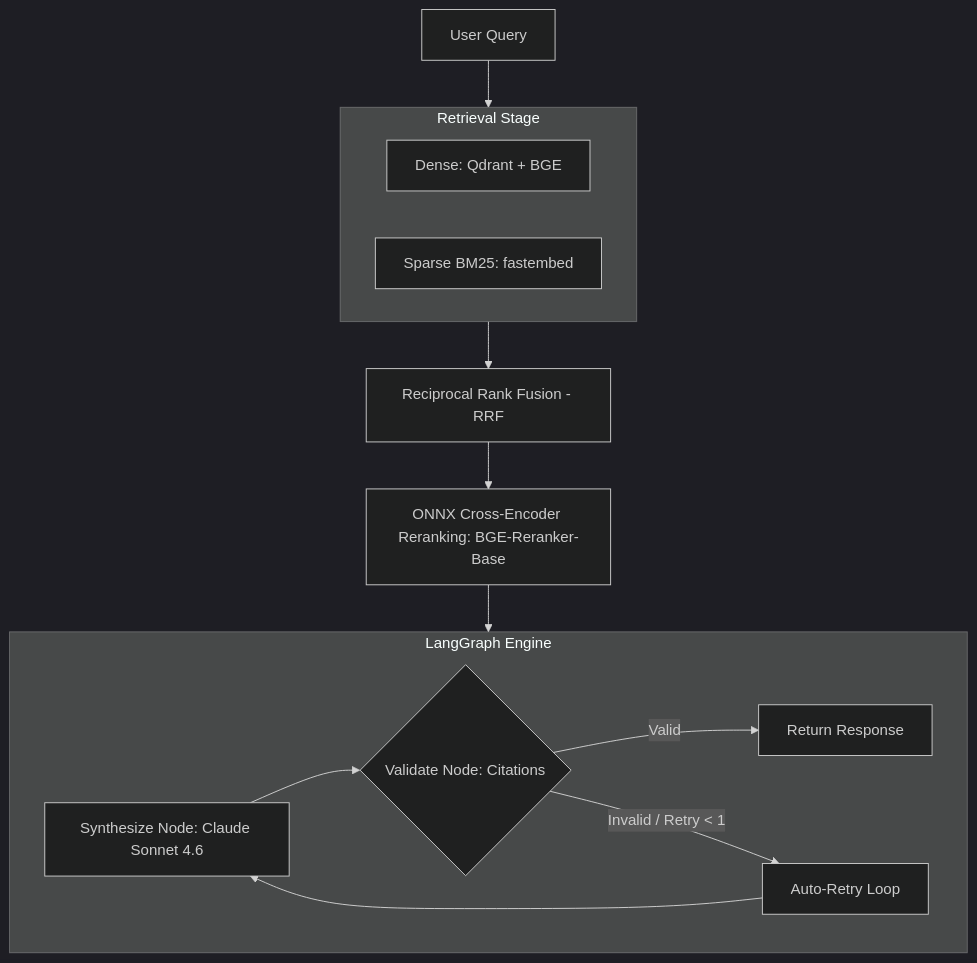
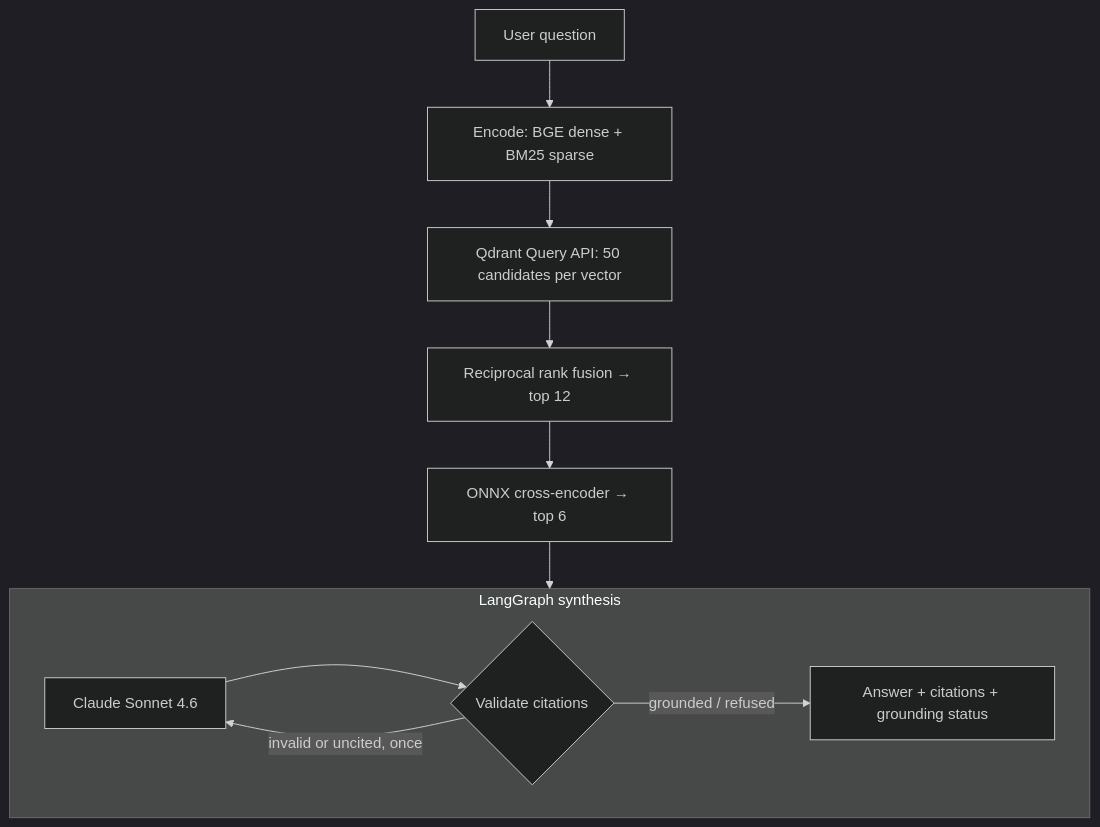
One commit to momtazularefin/retrievault changed the diagram in README.md. Above: the diagram before and after it, drawn with Mermaid (dark theme). The commit also changed other lines of this file and 73 other files, not shown here.

````diff
--- a/README.md
+++ b/README.md
@@ -19,19 +29,14 @@
 ```mermaid
 graph TD
-    Query[User Query] --> Retrieval[Hybrid Retrieval Stage]
-    
-    subgraph Retrieval [Retrieval Stage]
-        Dense[Dense: Qdrant + BGE]
-        Sparse[Sparse BM25: fastembed]
-    end
-    
-    Retrieval --> Fusion[Reciprocal Rank Fusion - RRF]
-    Fusion --> Rerank[ONNX Cross-Encoder Reranking: BGE-Reranker-Base]
-    Rerank --> Graph[LangGraph Synthesis Pipeline]
-    
-    subgraph Graph [LangGraph Engine]
-        Synth[Synthesize Node: Claude Sonnet 4.6] --> Validate{Validate Node: Citations}
-        Validate -- Valid --> Out[Return Response]
-        Validate -- "Invalid / Retry < 1" --> Retry[Auto-Retry Loop] --> Synth
+    Query[User question] --> Encode[Encode: BGE dense + BM25 sparse]
+    Encode --> Qdrant[Qdrant Query API: 50 candidates per vector]
+    Qdrant --> Fusion[Reciprocal rank fusion → top 12]
+    Fusion --> Rerank[ONNX cross-encoder → top 6]
+    Rerank --> Graph[LangGraph]
+
+    subgraph Graph [LangGraph synthesis]
+        Synth[Claude Sonnet 4.6] --> Validate{Validate citations}
+        Validate -- grounded / refused --> Out[Answer + citations + grounding status]
+        Validate -- invalid or uncited, once --> Synth
     end
 ```
````
